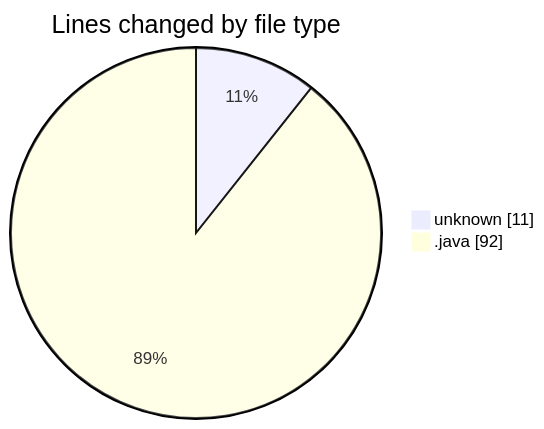
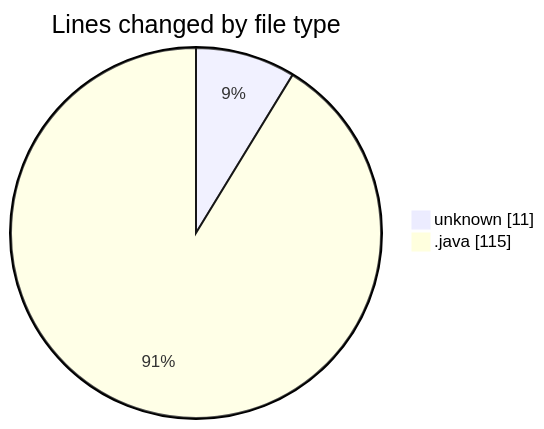
One commit to hasnaa123/code-tracking changed the first of 2 diagrams in 2026-04-12/chatserver/README.md. Above: the diagram before and after it, drawn with Mermaid. The commit also changed other lines of this file and 1 other file, not shown here.

````diff
--- a/2026-04-12/chatserver/README.md
+++ b/2026-04-12/chatserver/README.md
@@ -23,6 +23,6 @@
 ```mermaid
 pie showData
 title Lines changed by file type
 "unknown" : 11
-".java" : 92
+".java" : 115
 ```
````
